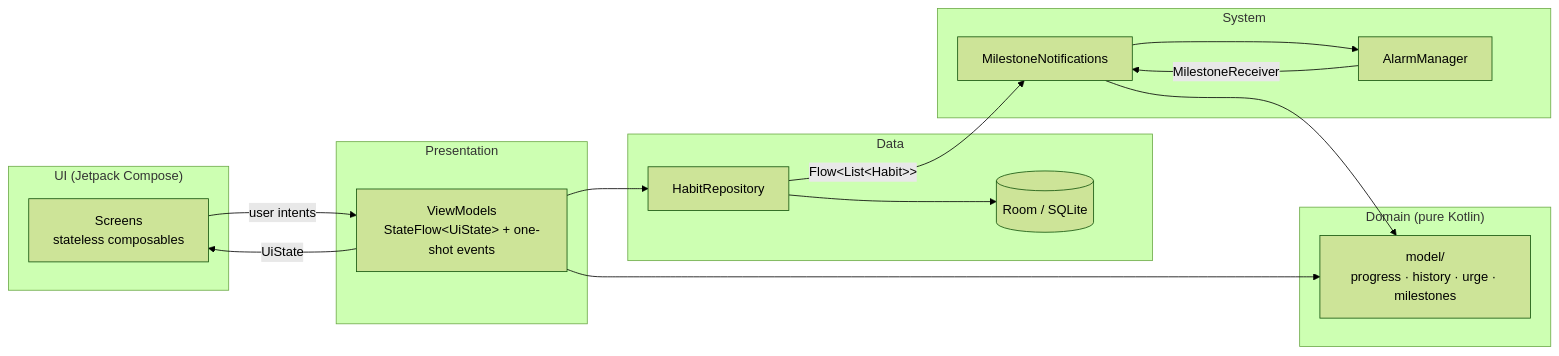
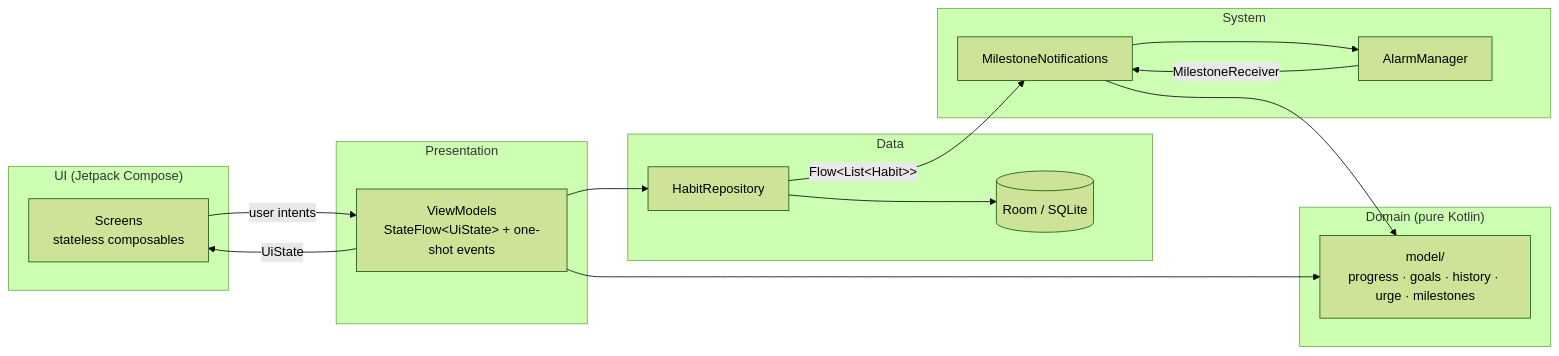
One commit to devArthur4718/holdout-android changed the diagram in README.md. Above: the diagram before and after it, drawn with Mermaid (forest theme). The commit also changed other lines of this file and 87 other files, not shown here.

````diff
--- a/README.md
+++ b/README.md
@@ -49,30 +50,30 @@
 ```mermaid
 flowchart LR
     subgraph UI["UI (Jetpack Compose)"]
         Screens["Screens<br/>stateless composables"]
     end
     subgraph Presentation
         VM["ViewModels<br/>StateFlow&lt;UiState&gt; + one-shot events"]
     end
     subgraph Domain["Domain (pure Kotlin)"]
-        Model["model/<br/>progress · history · urge · milestones"]
+        Model["model/<br/>progress · goals · history · urge · milestones"]
     end
     subgraph Data
         Repo["HabitRepository"]
         Room[("Room / SQLite")]
     end
     subgraph System
         Notif["MilestoneNotifications"]
         Alarm["AlarmManager"]
     end
 
     Screens -- "user intents" --> VM
     VM -- "UiState" --> Screens
     VM --> Model
     VM --> Repo
     Repo --> Room
     Repo -- "Flow&lt;List&lt;Habit&gt;&gt;" --> Notif
     Notif --> Model
     Notif --> Alarm
     Alarm -- "MilestoneReceiver" --> Notif
 ```
````
